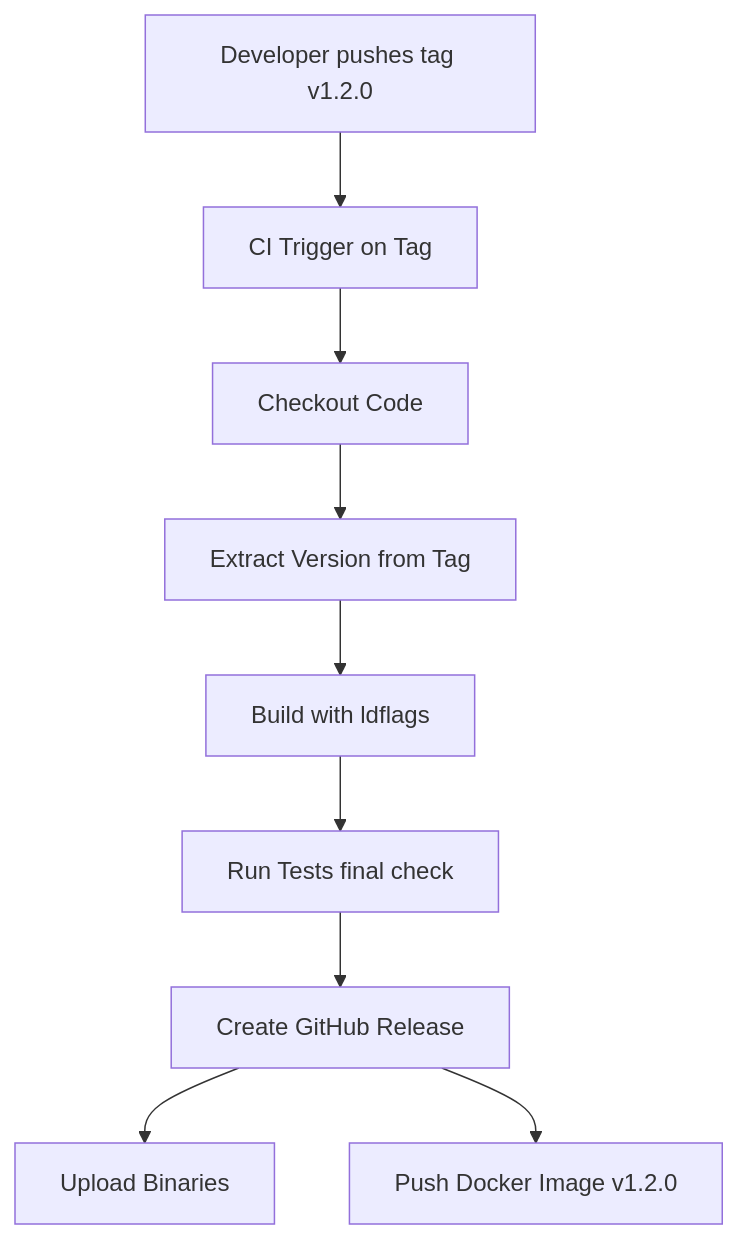
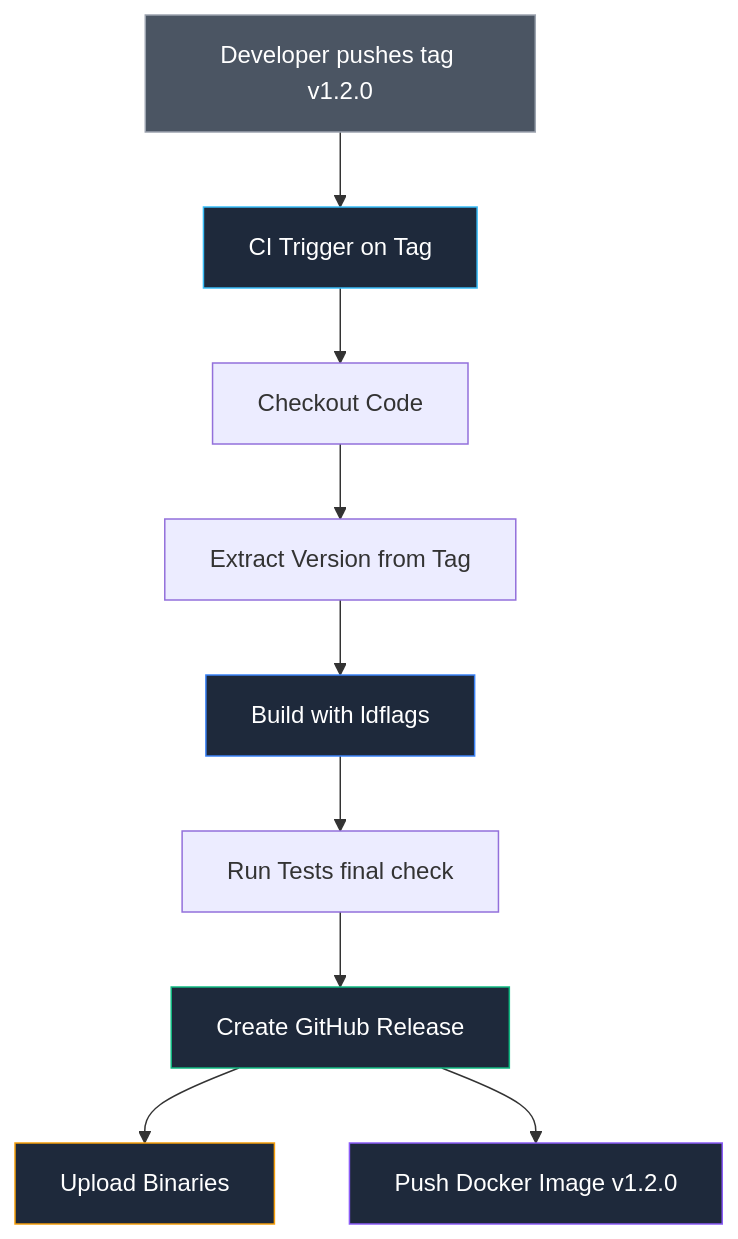
One commit to UnrealTemplier/go-textbook changed the diagram in sources/8. Инфраструктура языка, Тулинг и CI_CD/31. Release pipeline и versioning.md. Above: the diagram before and after it, drawn with Mermaid. The commit also changed other lines of this file, not shown here.

````diff
--- a/sources/8. Инфраструктура языка, Тулинг и CI_CD/31. Release pipeline и versioning.md
+++ b/sources/8. Инфраструктура языка, Тулинг и CI_CD/31. Release pipeline и versioning.md
@@ -16,11 +19,18 @@
 ```mermaid
 flowchart TD
     A["Developer pushes tag v1.2.0"] --> B["CI Trigger on Tag"]
     B --> C["Checkout Code"]
     C --> D["Extract Version from Tag"]
     D --> E["Build with ldflags"]
     E --> F["Run Tests final check"]
     F --> G["Create GitHub Release"]
     G --> H["Upload Binaries"]
     G --> I["Push Docker Image v1.2.0"]
+    
+    style A fill:#4b5563,stroke:#9ca3af,color:#fff
+    style B fill:#1e293b,stroke:#38bdf8,color:#fff
+    style E fill:#1e293b,stroke:#3b82f6,color:#fff
+    style G fill:#1e293b,stroke:#10b981,color:#fff
+    style H fill:#1e293b,stroke:#f59e0b,color:#fff
+    style I fill:#1e293b,stroke:#8b5cf6,color:#fff
 ```
````
